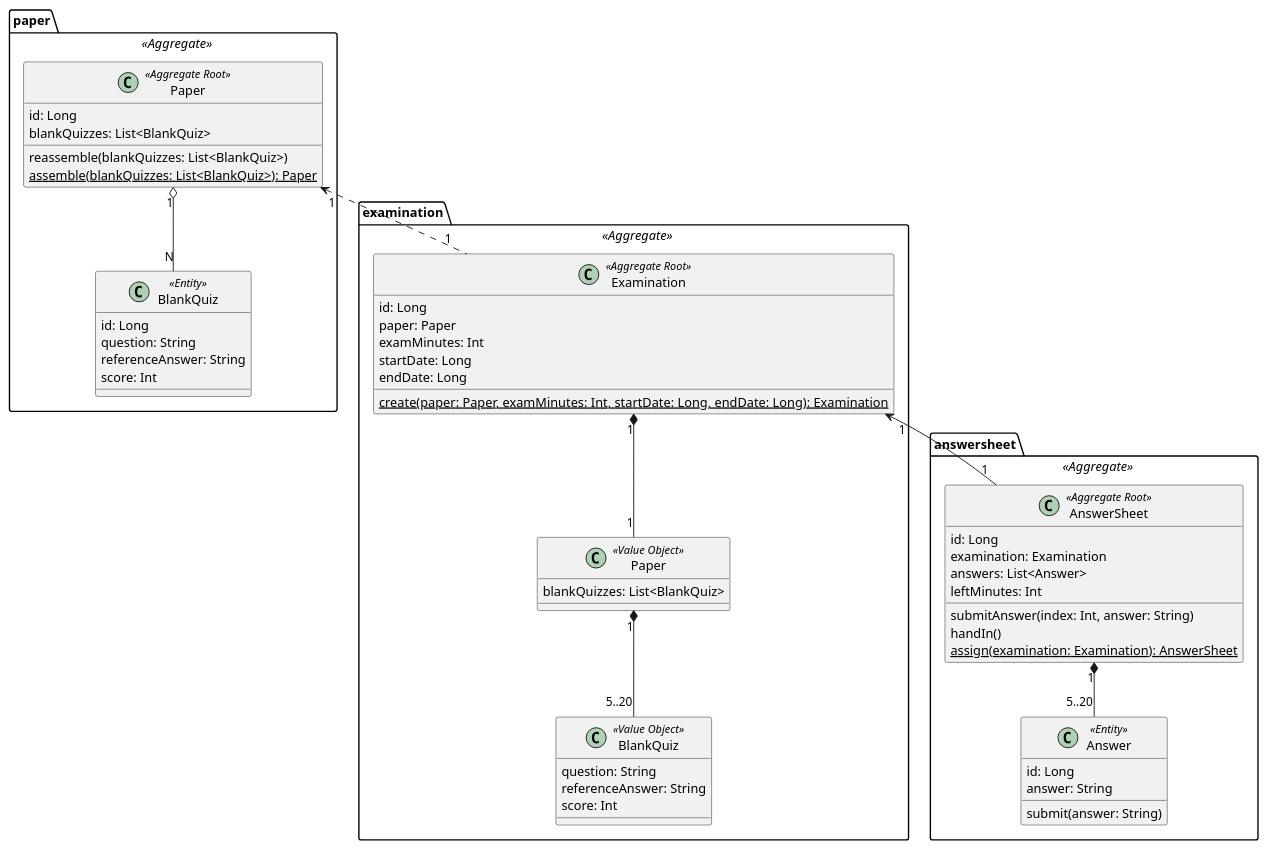
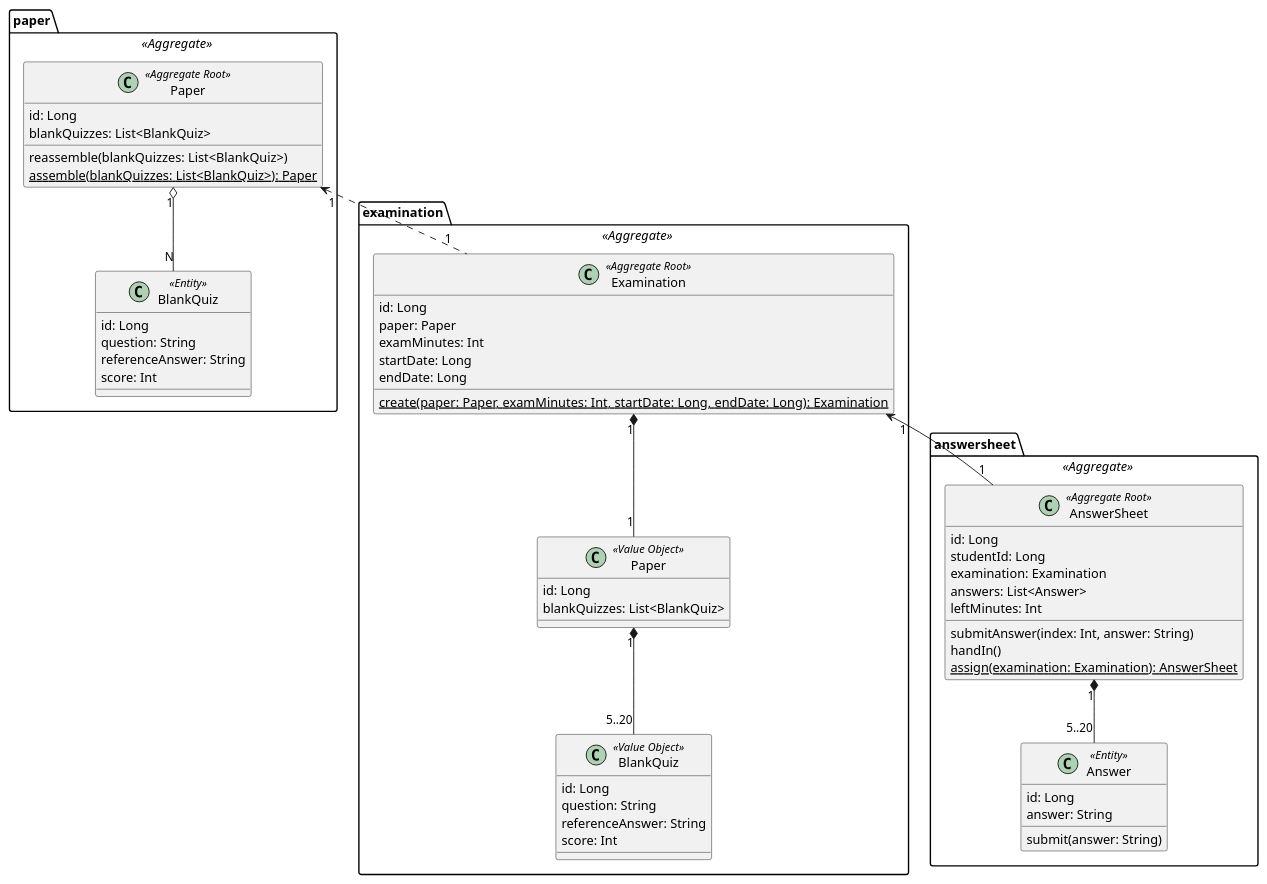
One commit to jie-meng/Exam changed the diagram in design/exam.puml. Above: the diagram before and after it, drawn with PlantUML.

Commit message:
update puml

```diff
--- a/design/exam.puml
+++ b/design/exam.puml
@@ -1,69 +1,72 @@
 @startuml
 
 package paper <<Aggregate>> {
 
     class Paper <<Aggregate Root>> {
         id: Long
         blankQuizzes: List<BlankQuiz>
         reassemble(blankQuizzes: List<BlankQuiz>)
         {static} assemble(blankQuizzes: List<BlankQuiz>): Paper
     }
 
     class BlankQuiz <<Entity>> {
         id: Long
         question: String
         referenceAnswer: String
         score: Int
     }
 
     Paper "1" o-- "N" BlankQuiz
 }
 
 package examination <<Aggregate>> {
 
     class Examination <<Aggregate Root>> {
         id: Long
         paper: Paper
         examMinutes: Int
         startDate: Long
         endDate: Long
         {static} create(paper: Paper, examMinutes: Int, startDate: Long, endDate: Long): Examination
     }
 
     class "Paper" as P <<Value Object>> {
+        id: Long
         blankQuizzes: List<BlankQuiz>
     }
 
     class "BlankQuiz" as Q <<Value Object>> {
+        id: Long
         question: String
         referenceAnswer: String
         score: Int
     }
 
     Examination "1" *-- "1" P
     P "1" *-- "5..20" Q
     Paper "1" <.. "1" Examination
 }
 
 package answersheet <<Aggregate>> {
     class AnswerSheet <<Aggregate Root>> {
         id: Long
+        studentId: Long
         examination: Examination
         answers: List<Answer>
         leftMinutes: Int
         submitAnswer(index: Int, answer: String)
         handIn()
         {static} assign(examination: Examination): AnswerSheet
     }
 
     class Answer <<Entity>> {
         id: Long
         answer: String
         submit(answer: String)
     }
 
     Examination "1" <-- "1" AnswerSheet
     AnswerSheet "1" *-- "5..20" Answer
 }
 
 @enduml
```
